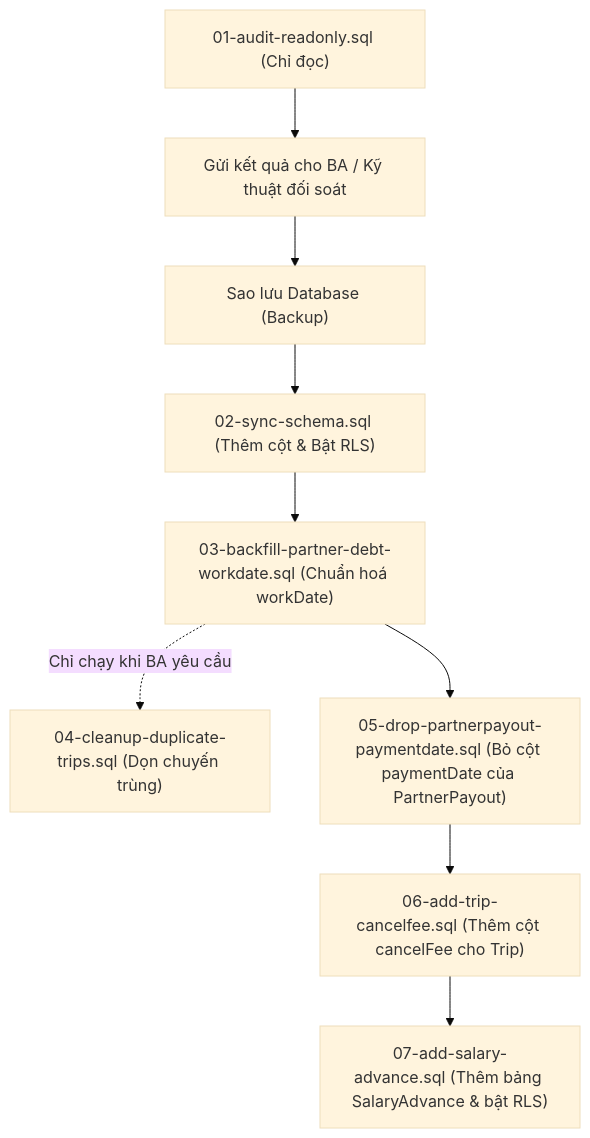
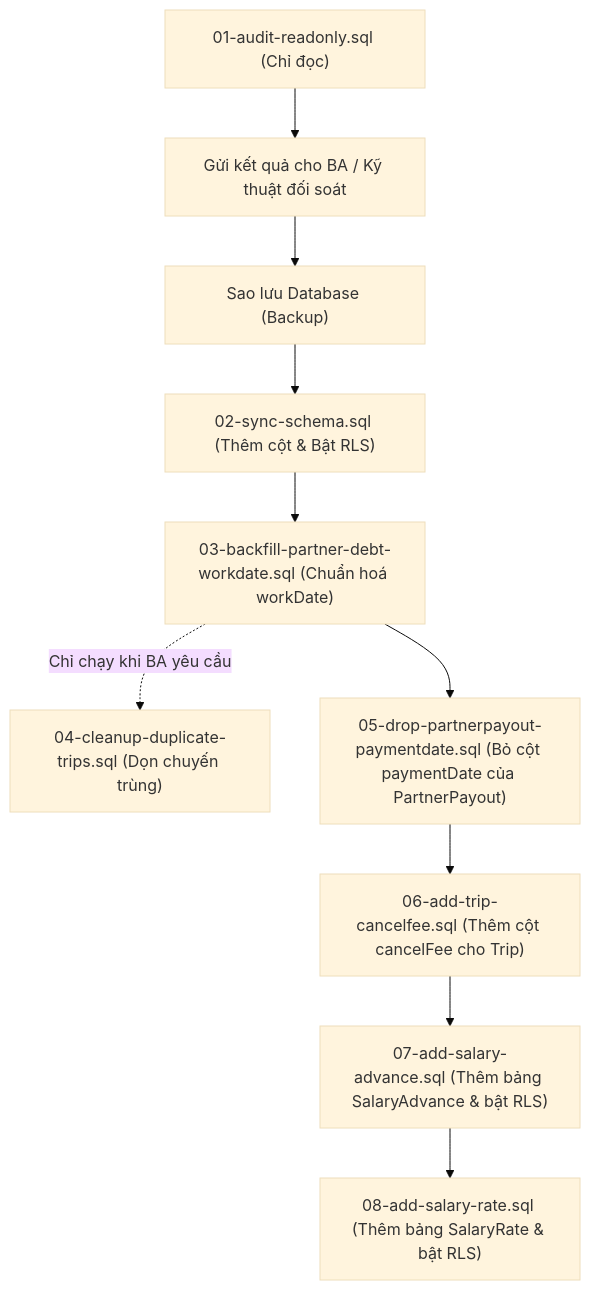
The diagram in web/supabase/scripts/README.md (xuanthai-work/CarMS), drawn with Mermaid (base theme) before and after one commit. The commit also changed other lines of this file and 26 other files, not shown here.

````diff
--- a/web/supabase/scripts/README.md
+++ b/web/supabase/scripts/README.md
@@ -15,11 +15,12 @@
 ```mermaid
 flowchart TD
     A["01-audit-readonly.sql (Chỉ đọc)"] --> B["Gửi kết quả cho BA / Kỹ thuật đối soát"]
     B --> C["Sao lưu Database (Backup)"]
     C --> D["02-sync-schema.sql (Thêm cột & Bật RLS)"]
     D --> E["03-backfill-partner-debt-workdate.sql (Chuẩn hoá workDate)"]
     E -.->|Chỉ chạy khi BA yêu cầu| F["04-cleanup-duplicate-trips.sql (Dọn chuyến trùng)"]
     E --> G["05-drop-partnerpayout-paymentdate.sql (Bỏ cột paymentDate của PartnerPayout)"]
     G --> H["06-add-trip-cancelfee.sql (Thêm cột cancelFee cho Trip)"]
     H --> I["07-add-salary-advance.sql (Thêm bảng SalaryAdvance & bật RLS)"]
+    I --> J["08-add-salary-rate.sql (Thêm bảng SalaryRate & bật RLS)"]
 ```
````
